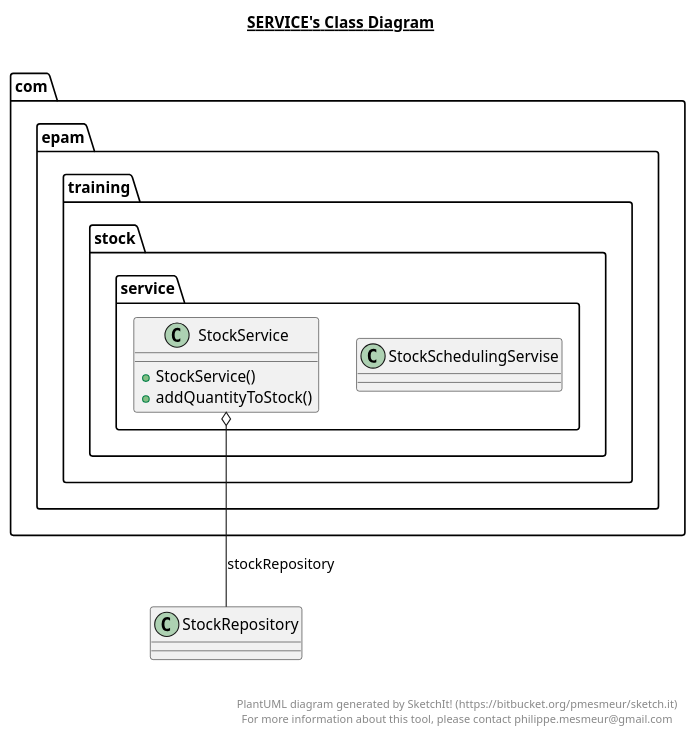
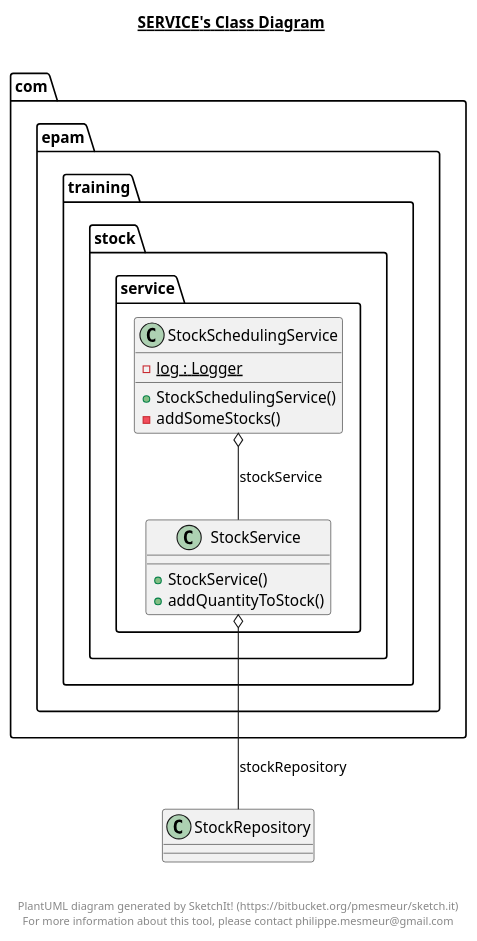
One commit to nik-nenkov/tutoring-rest-api-with-java changed the diagram in src/main/java/com/epam/training/stock/service/service.plantuml. Above: the diagram before and after it, drawn with PlantUML. The commit also changed 19 other files, not shown here.

```diff
--- a/src/main/java/com/epam/training/stock/service/service.plantuml
+++ b/src/main/java/com/epam/training/stock/service/service.plantuml
@@ -1,37 +1,37 @@
 @startuml
 
 title __SERVICE's Class Diagram__\n
 
-  package com.epam.training {
-    package com.epam.training.stock {
-      package com.epam.training.stock.service {
-        class StockSchedulingServise {
-        }
+  package com.epam.training.stock {
+    package com.epam.training.stock.service {
+      class StockSchedulingService {
+          {static} - log : Logger
+          + StockSchedulingService()
+          - addSomeStocks()
       }
     }
   }
   
 
-  package com.epam.training {
-    package com.epam.training.stock {
-      package com.epam.training.stock.service {
-        class StockService {
-            + StockService()
-            + addQuantityToStock()
-        }
+  package com.epam.training.stock {
+    package com.epam.training.stock.service {
+      class StockService {
+          + StockService()
+          + addQuantityToStock()
       }
     }
   }
   
 
+  StockSchedulingService o-- StockService : stockService
   StockService o-- StockRepository : stockRepository
 
 
 right footer
 
 
 PlantUML diagram generated by SketchIt! (https://bitbucket.org/pmesmeur/sketch.it)
 For more information about this tool, please contact philippe.mesmeur@gmail.com
 endfooter
 
 @enduml
```
